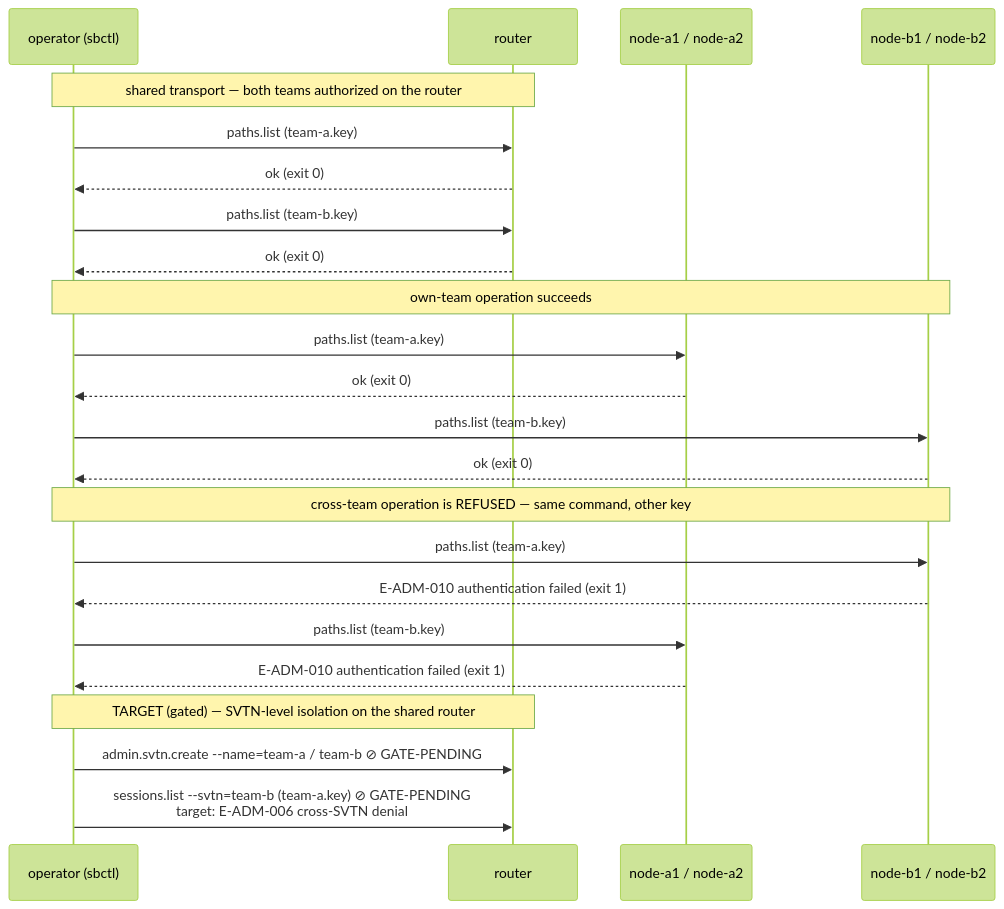
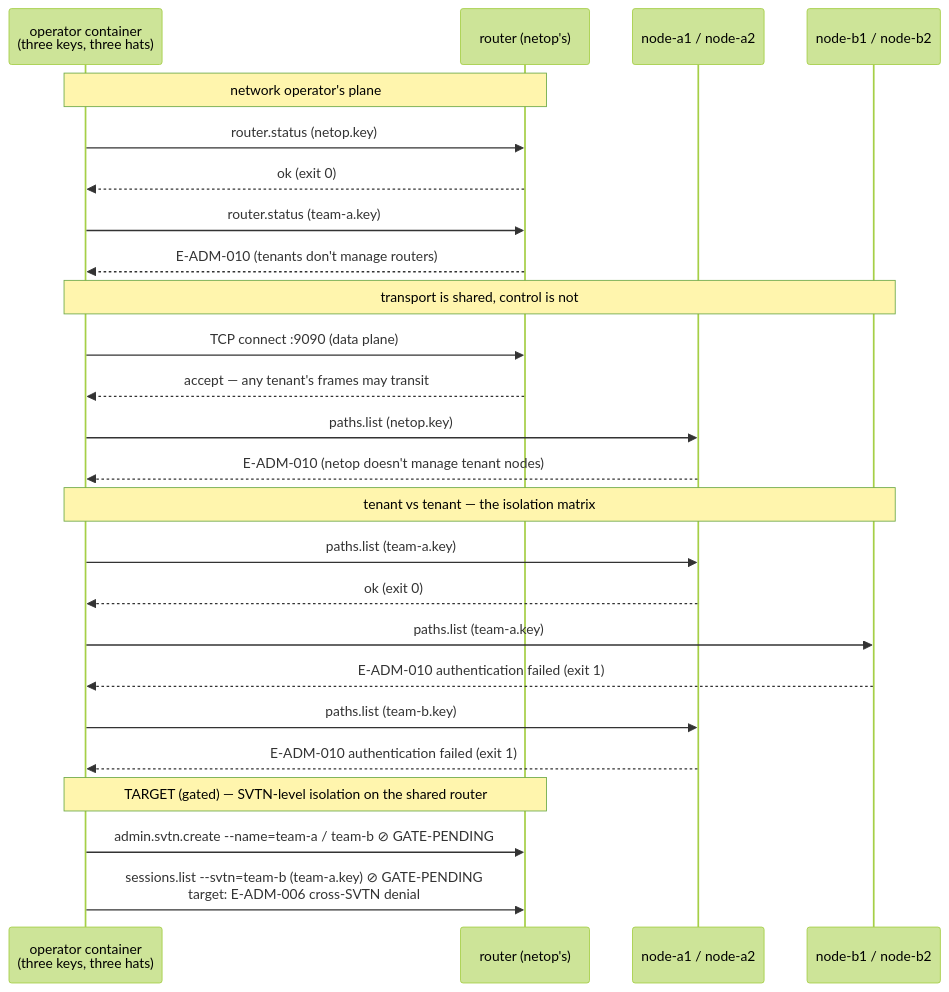
One commit to ArcavenAE/switchboard-blue changed the second of 2 diagrams in examples/06-two-svtn-isolation/README.md. Above: the diagram before and after it, drawn with Mermaid (forest theme). The commit also changed other lines of this file and 4 other files, not shown here.

First line of the commit message:
docs: spec-aligned role model — network operator vs SVTN operator vs member

````diff
--- a/examples/06-two-svtn-isolation/README.md
+++ b/examples/06-two-svtn-isolation/README.md
@@ -30,29 +51,31 @@
 ```mermaid
 sequenceDiagram
-    participant D as operator (sbctl)
-    participant R as router
+    participant O as operator container<br/>(three keys, three hats)
+    participant R as router (netop's)
     participant A as node-a1 / node-a2
     participant B as node-b1 / node-b2
 
-    Note over D,R: shared transport — both teams authorized on the router
-    D->>R: paths.list (team-a.key)
-    R-->>D: ok (exit 0)
-    D->>R: paths.list (team-b.key)
-    R-->>D: ok (exit 0)
+    Note over O,R: network operator's plane
+    O->>R: router.status (netop.key)
+    R-->>O: ok (exit 0)
+    O->>R: router.status (team-a.key)
+    R-->>O: E-ADM-010 (tenants don't manage routers)
 
-    Note over D,B: own-team operation succeeds
-    D->>A: paths.list (team-a.key)
-    A-->>D: ok (exit 0)
-    D->>B: paths.list (team-b.key)
-    B-->>D: ok (exit 0)
+    Note over O,B: transport is shared, control is not
+    O->>R: TCP connect :9090 (data plane)
+    R-->>O: accept — any tenant's frames may transit
+    O->>A: paths.list (netop.key)
+    A-->>O: E-ADM-010 (netop doesn't manage tenant nodes)
 
-    Note over D,B: cross-team operation is REFUSED — same command, other key
-    D->>B: paths.list (team-a.key)
-    B-->>D: E-ADM-010 authentication failed (exit 1)
-    D->>A: paths.list (team-b.key)
-    A-->>D: E-ADM-010 authentication failed (exit 1)
+    Note over O,B: tenant vs tenant — the isolation matrix
+    O->>A: paths.list (team-a.key)
+    A-->>O: ok (exit 0)
+    O->>B: paths.list (team-a.key)
+    B-->>O: E-ADM-010 authentication failed (exit 1)
+    O->>A: paths.list (team-b.key)
+    A-->>O: E-ADM-010 authentication failed (exit 1)
 
-    Note over D,R: TARGET (gated) — SVTN-level isolation on the shared router
-    D->>R: admin.svtn.create --name=team-a / team-b ⊘ GATE-PENDING
-    D->>R: sessions.list --svtn=team-b (team-a.key) ⊘ GATE-PENDING<br/>target: E-ADM-006 cross-SVTN denial
+    Note over O,R: TARGET (gated) — SVTN-level isolation on the shared router
+    O->>R: admin.svtn.create --name=team-a / team-b ⊘ GATE-PENDING
+    O->>R: sessions.list --svtn=team-b (team-a.key) ⊘ GATE-PENDING<br/>target: E-ADM-006 cross-SVTN denial
 ```
````
